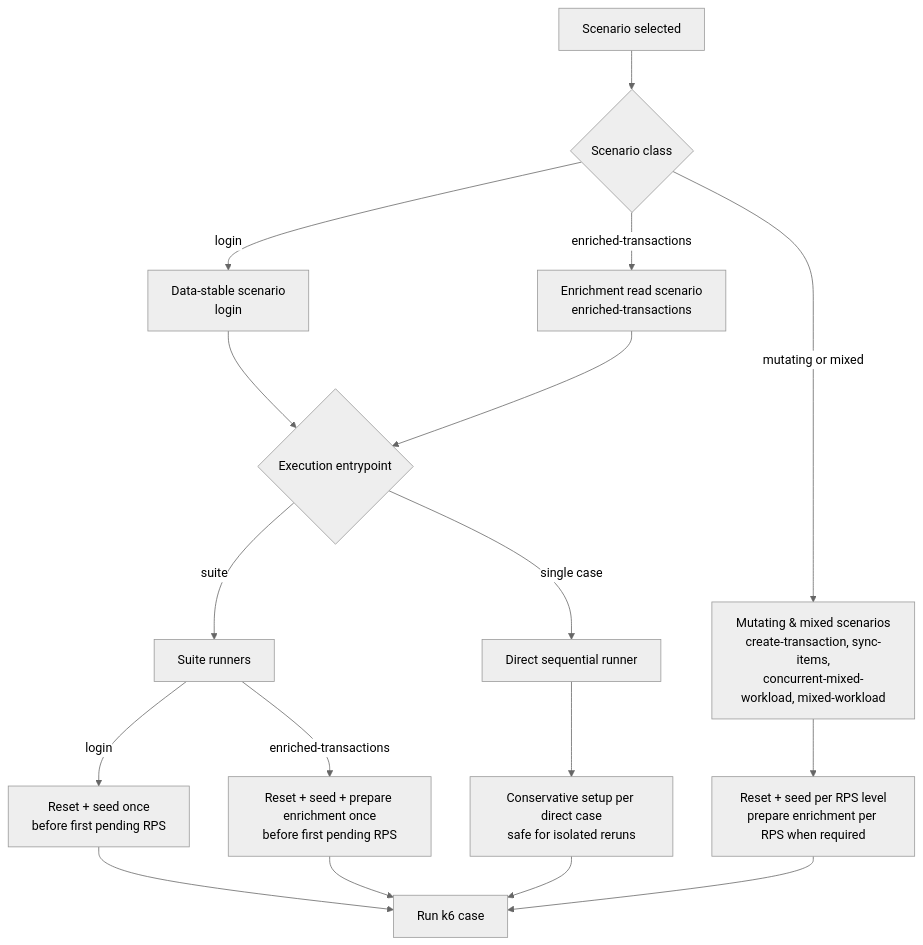
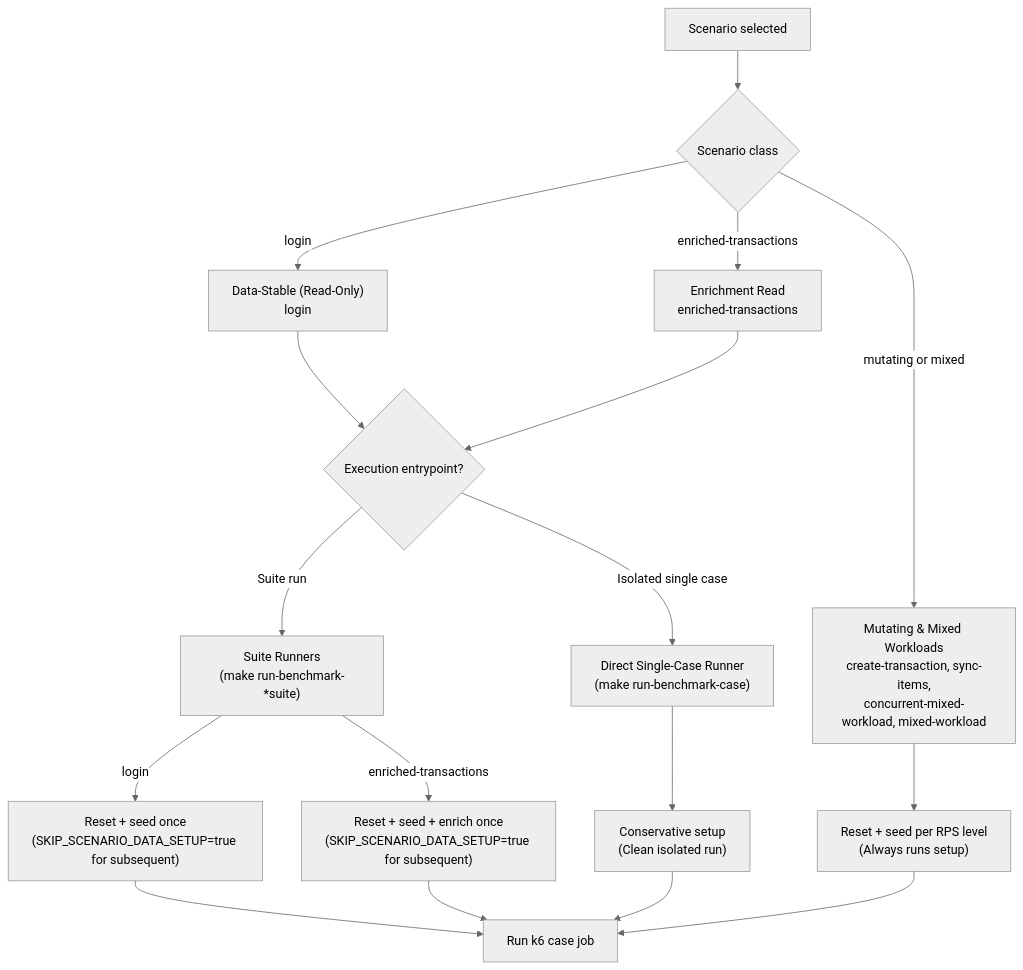
The third of 3 diagrams in docs/diagrams/vultr-sequential-suite-lifecycle.md (Ahmad-mufied/monolith-vs-microservice-thesis), drawn with Mermaid (neutral theme) before and after one commit. The commit also changed other lines of this file, not shown here.

Commit message:
docs: improve lifecycle diagram for sequential suite data setup rules

````diff
--- a/docs/diagrams/vultr-sequential-suite-lifecycle.md
+++ b/docs/diagrams/vultr-sequential-suite-lifecycle.md
@@ -234,30 +234,37 @@
 ```mermaid
 flowchart TB
   scenario["Scenario selected"]
   classify{"Scenario class"}
-  readonly["Data-stable scenario<br/>login"]
-  enrichmentRead["Enrichment read scenario<br/>enriched-transactions"]
-  mutating["Mutating & mixed scenarios<br/>create-transaction, sync-items,<br/>concurrent-mixed-workload, mixed-workload"]
-  entrypoint{"Execution entrypoint"}
-  suiteRunner["Suite runners"]
-  singleRunner["Direct sequential runner"]
-  once["Reset + seed once<br/>before first pending RPS"]
-  onceEnrich["Reset + seed + prepare enrichment once<br/>before first pending RPS"]
-  everyCase["Reset + seed per RPS level<br/>prepare enrichment per RPS when required"]
-  conservative["Conservative setup per direct case<br/>safe for isolated reruns"]
-  k6Case["Run k6 case"]
+  
+  readonly["Data-Stable (Read-Only)<br/>login"]
+  enrichmentRead["Enrichment Read<br/>enriched-transactions"]
+  mutating["Mutating & Mixed Workloads<br/>create-transaction, sync-items,<br/>concurrent-mixed-workload, mixed-workload"]
+  
+  entrypoint{"Execution entrypoint?"}
+  
+  suiteRunner["Suite Runners<br/>(make run-benchmark-*suite)"]
+  singleRunner["Direct Single-Case Runner<br/>(make run-benchmark-case)"]
+  
+  once["Reset + seed once<br/>(SKIP_SCENARIO_DATA_SETUP=true for subsequent)"]
+  onceEnrich["Reset + seed + enrich once<br/>(SKIP_SCENARIO_DATA_SETUP=true for subsequent)"]
+  
+  everyCase["Reset + seed per RPS level<br/>(Always runs setup)"]
+  conservative["Conservative setup<br/>(Clean isolated run)"]
+  
+  k6Case["Run k6 case job"]
 
   scenario --> classify
+  
   classify -- "login" --> readonly --> entrypoint
   classify -- "enriched-transactions" --> enrichmentRead --> entrypoint
   classify -- "mutating or mixed" --> mutating --> everyCase
-  entrypoint -- "suite" --> suiteRunner
-  entrypoint -- "single case" --> singleRunner
-  suiteRunner -- "login" --> once
-  suiteRunner -- "enriched-transactions" --> onceEnrich
-  singleRunner --> conservative
-  once --> k6Case
-  onceEnrich --> k6Case
+  
+  entrypoint -- "Suite run" --> suiteRunner
+  entrypoint -- "Isolated single case" --> singleRunner
+  
+  suiteRunner -- "login" --> once --> k6Case
+  suiteRunner -- "enriched-transactions" --> onceEnrich --> k6Case
+  
+  singleRunner --> conservative --> k6Case
   everyCase --> k6Case
-  conservative --> k6Case
 ```
````
